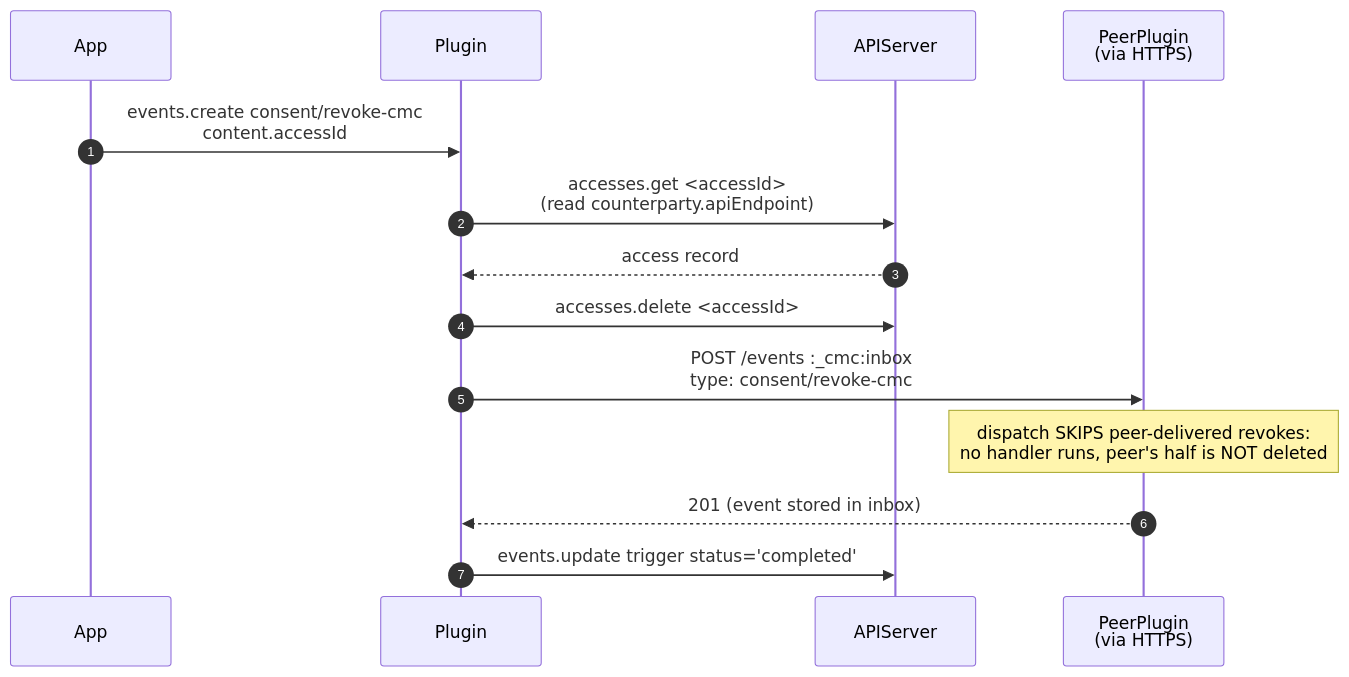
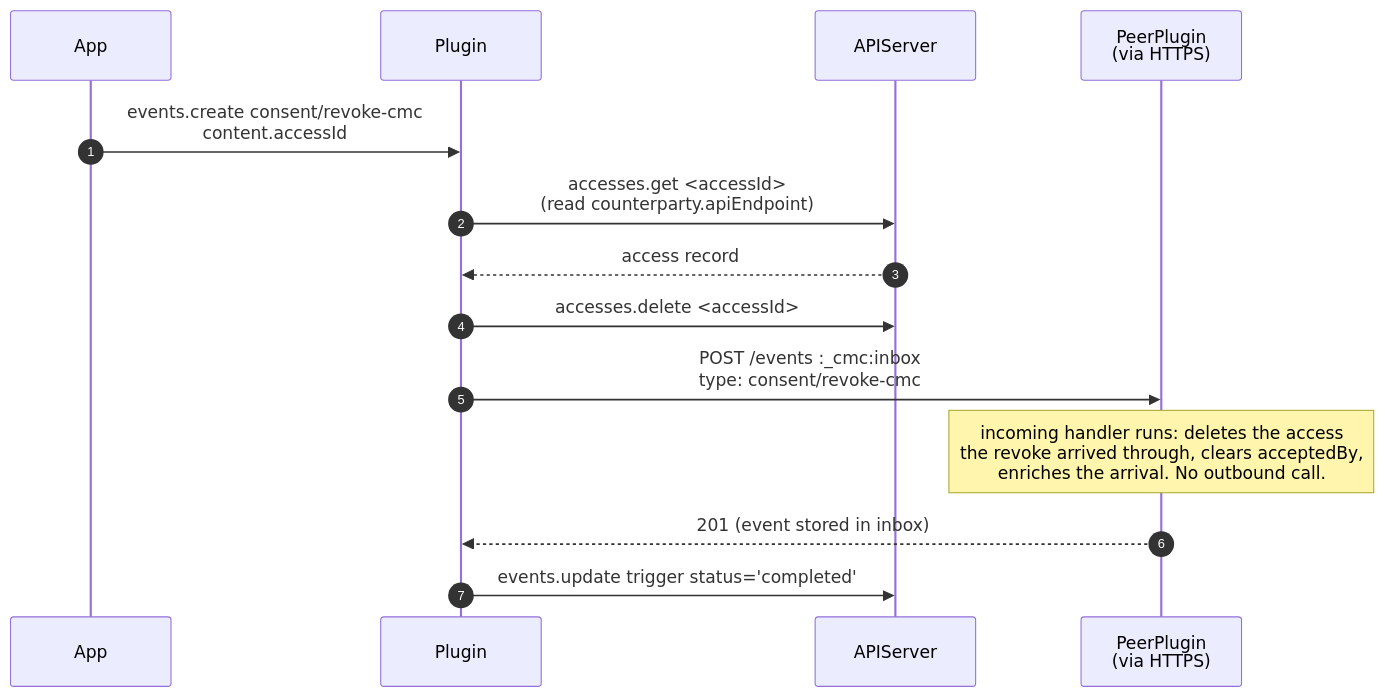
One commit to pryv/open-pryv.io changed diagram 13 of 14 in components/cmc/INTERNALS.md. Above: the diagram before and after it, drawn with Mermaid. The commit also changed other lines of this file and 3 other files, not shown here.

````diff
--- a/components/cmc/INTERNALS.md
+++ b/components/cmc/INTERNALS.md
@@ -511,17 +540,17 @@
 ```mermaid
 sequenceDiagram
     autonumber
     participant App
     participant Plugin
     participant APIServer
     participant Peer as PeerPlugin<br/>(via HTTPS)
 
     App->>Plugin: events.create consent/revoke-cmc<br/>content.accessId
     Plugin->>APIServer: accesses.get <accessId><br/>(read counterparty.apiEndpoint)
     APIServer-->>Plugin: access record
     Plugin->>APIServer: accesses.delete <accessId>
     Plugin->>Peer: POST /events :_cmc:inbox<br/>type: consent/revoke-cmc
-    Note over Peer: dispatch SKIPS peer-delivered revokes:<br/>no handler runs, peer's half is NOT deleted
+    Note over Peer: incoming handler runs: deletes the access<br/>the revoke arrived through, clears acceptedBy,<br/>enriches the arrival. No outbound call.
     Peer-->>Plugin: 201 (event stored in inbox)
     Plugin->>APIServer: events.update trigger status='completed'
 ```
````
